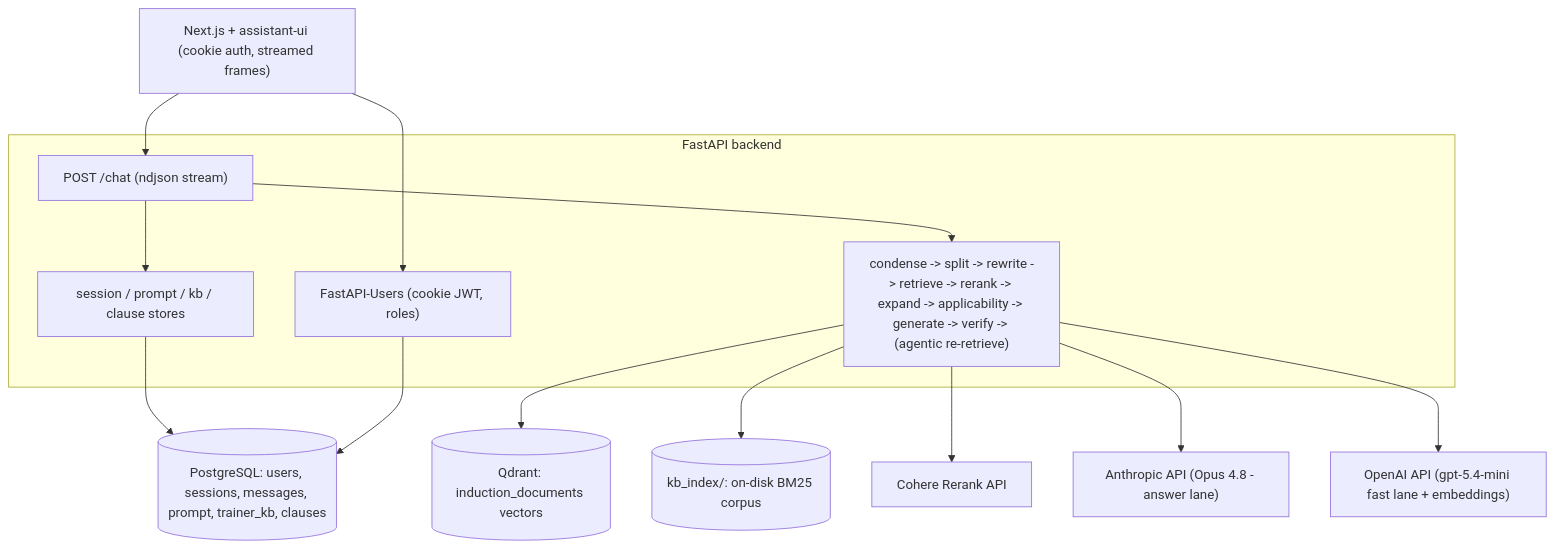
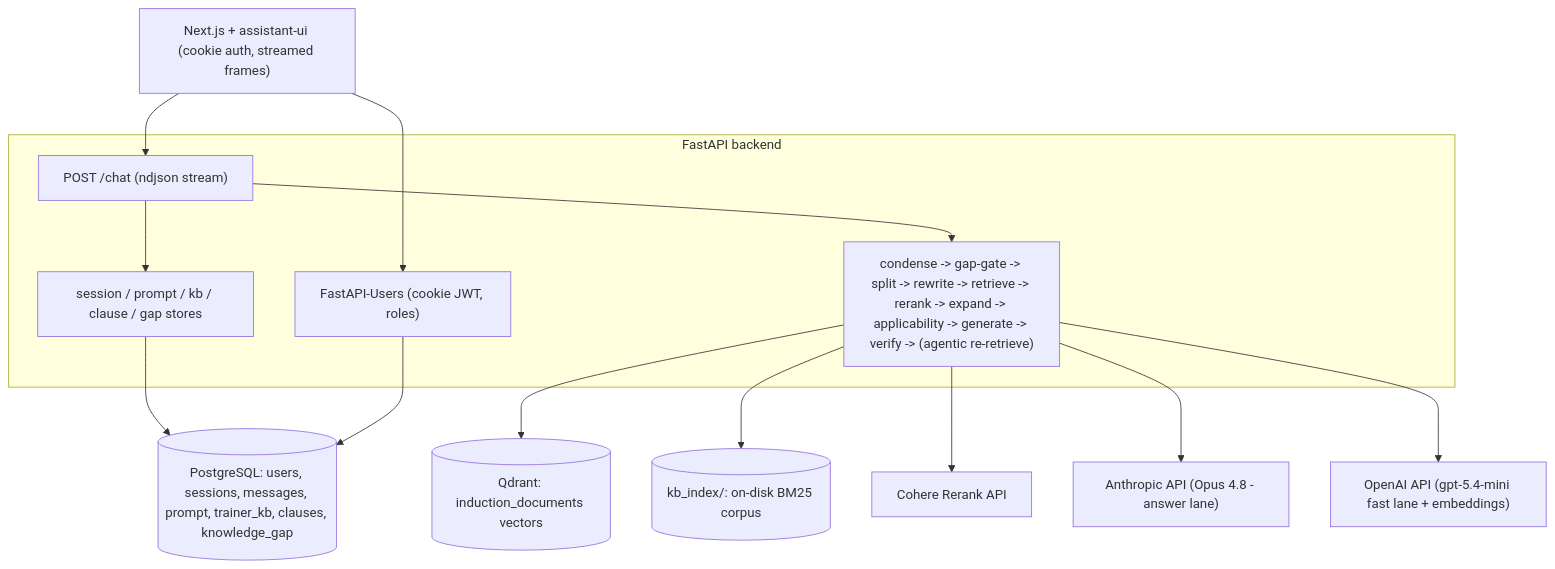
The diagram in .cursor/blueprint.md (arifwcma/induction), drawn with Mermaid before and after one commit. The commit also changed other lines of this file and 9 other files, not shown here.

````diff
--- a/.cursor/blueprint.md
+++ b/.cursor/blueprint.md
@@ -58,28 +61,28 @@
 ```mermaid
 flowchart TD
   Browser["Next.js + assistant-ui (cookie auth, streamed frames)"]
   subgraph backend [FastAPI backend]
     Auth["FastAPI-Users (cookie JWT, roles)"]
     Chat["POST /chat (ndjson stream)"]
-    Pipe["condense -> split -> rewrite -> retrieve -> rerank -> expand -> applicability -> generate -> verify -> (agentic re-retrieve)"]
-    Stores["session / prompt / kb / clause stores"]
+    Pipe["condense -> gap-gate -> split -> rewrite -> retrieve -> rerank -> expand -> applicability -> generate -> verify -> (agentic re-retrieve)"]
+    Stores["session / prompt / kb / clause / gap stores"]
   end
-  Postgres[("PostgreSQL: users, sessions, messages, prompt, trainer_kb, clauses")]
+  Postgres[("PostgreSQL: users, sessions, messages, prompt, trainer_kb, clauses, knowledge_gap")]
   Qdrant[("Qdrant: induction_documents vectors")]
   BM25[("kb_index/: on-disk BM25 corpus")]
   Anthropic["Anthropic API (Opus 4.8 - answer lane)"]
   OpenAI["OpenAI API (gpt-5.4-mini fast lane + embeddings)"]
   Cohere["Cohere Rerank API"]
 
   Browser --> Auth
   Browser --> Chat
   Chat --> Pipe
   Pipe --> Qdrant
   Pipe --> BM25
   Pipe --> Cohere
   Pipe --> Anthropic
   Pipe --> OpenAI
   Chat --> Stores
   Stores --> Postgres
   Auth --> Postgres
 ```
````
